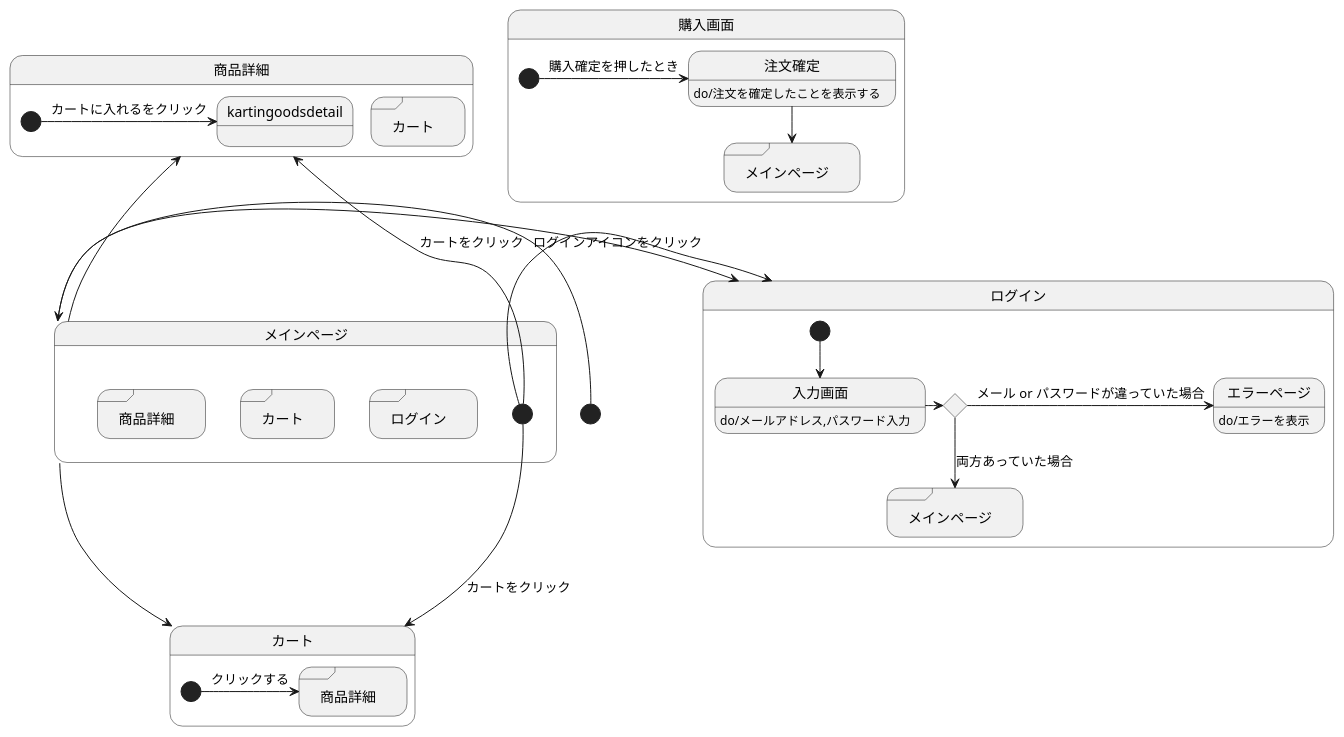
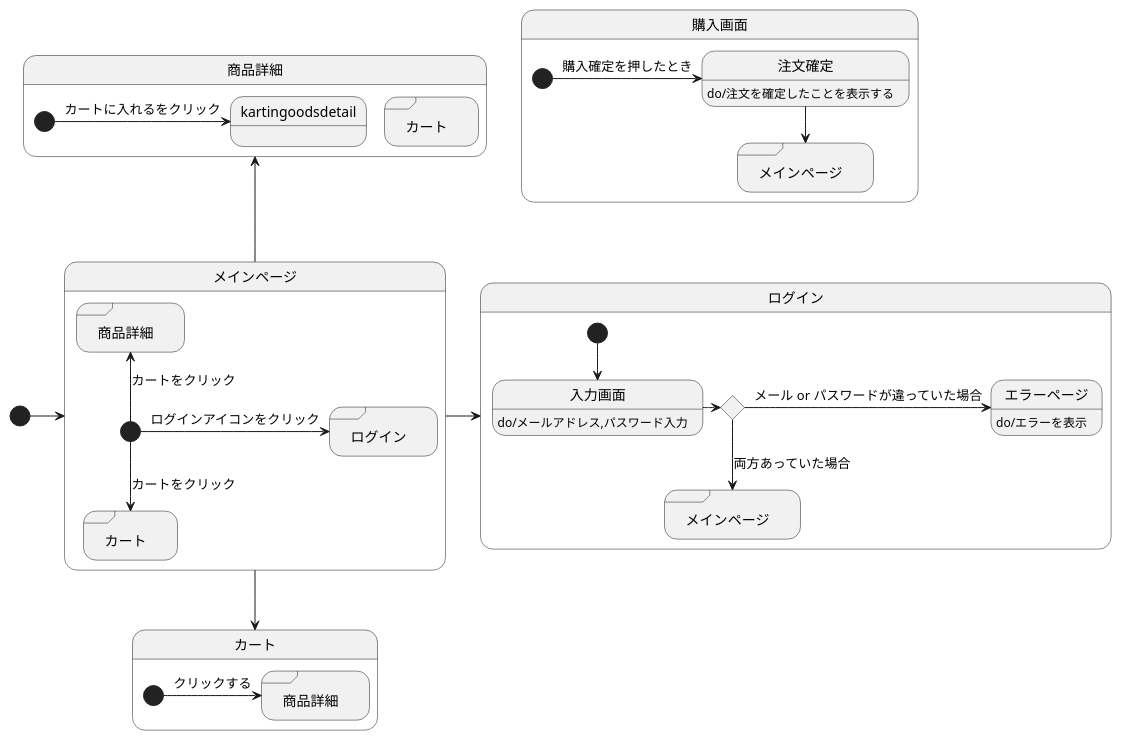
Before and after one commit to akutori/T-D-E: the diagram in UML.md, drawn with PlantUML.

Commit message:
間違いを修正

````diff
--- a/UML.md
+++ b/UML.md
@@ -1,51 +1,51 @@
 ```uml
 @startuml
 [*]->メインページ
 メインページ->ログイン
 メインページ-->カート
 メインページ-up->商品詳細
 
 state メインページ{
 state "ログイン" as rogininmainpage  <<sdlreceive>>
 state "カート" as cartinmainpage <<sdlreceive>>
 state "商品詳細" as goodsdetailinmainpage <<sdlreceive>>
-    [*]-> ログイン :ログインアイコンをクリック
-    [*]--> カート :カートをクリック
-    [*]-up-> 商品詳細 :カートをクリック
+    [*]-> rogininmainpage :ログインアイコンをクリック
+    [*]--> cartinmainpage :カートをクリック
+    [*]-up-> goodsdetailinmainpage :カートをクリック
 }
 
 state ログイン{
 state input <<choice>>
 state "メインページ" as mainpageinrogin<<sdlreceive>>
 
 入力画面:do/メールアドレス,パスワード入力
 エラーページ:do/エラーを表示
     [*]--> 入力画面
     入力画面->input
     input->エラーページ:メール or パスワードが違っていた場合
     input-->mainpageinrogin : 両方あっていた場合
 
 }
 
 state 購入画面{
 state "メインページ" as mainpageingoodsdetail<<sdlreceive>>
 注文確定:do/注文を確定したことを表示する
     [*]->注文確定 :購入確定を押したとき
     注文確定-->mainpageingoodsdetail
 }
 
 
 state カート{
 state "商品詳細" as goodsdetailincart <<sdlreceive>>
 
     [*]->goodsdetailincart :クリックする
 }
 
 state 商品詳細{
 state "カート" as cartingoodsdetail <<sdlreceive>>
 
     [*]->kartingoodsdetail :カートに入れるをクリック
 }
 
 @enduml
 ```
````
